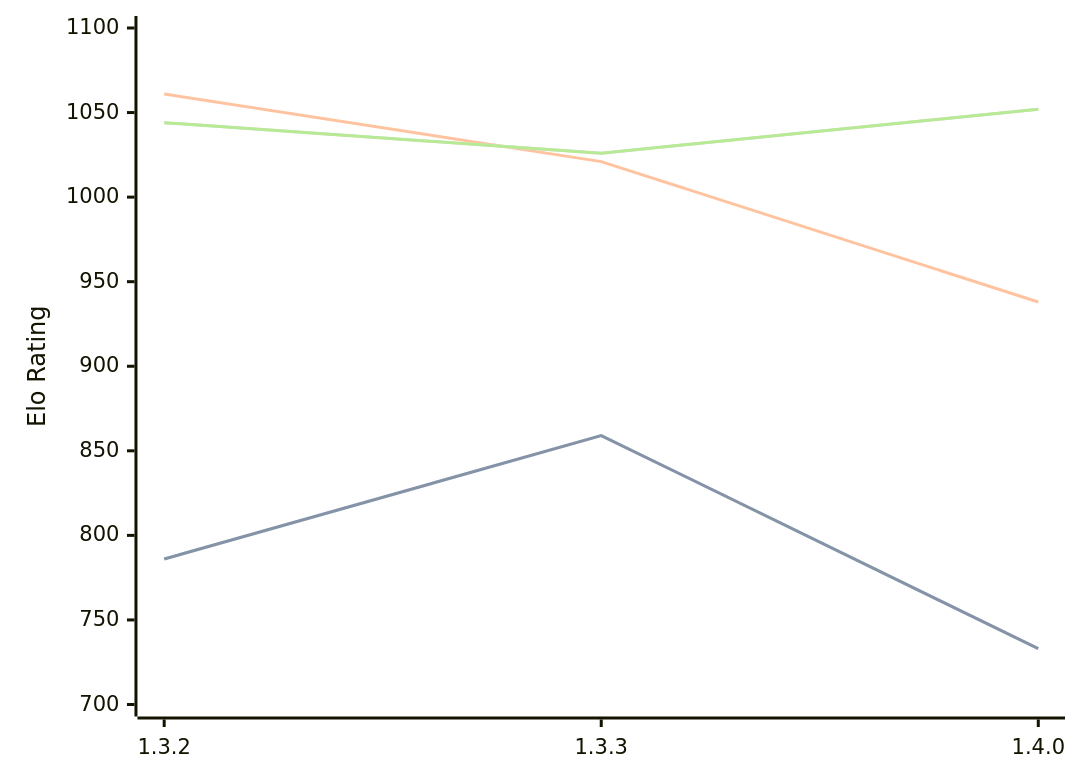
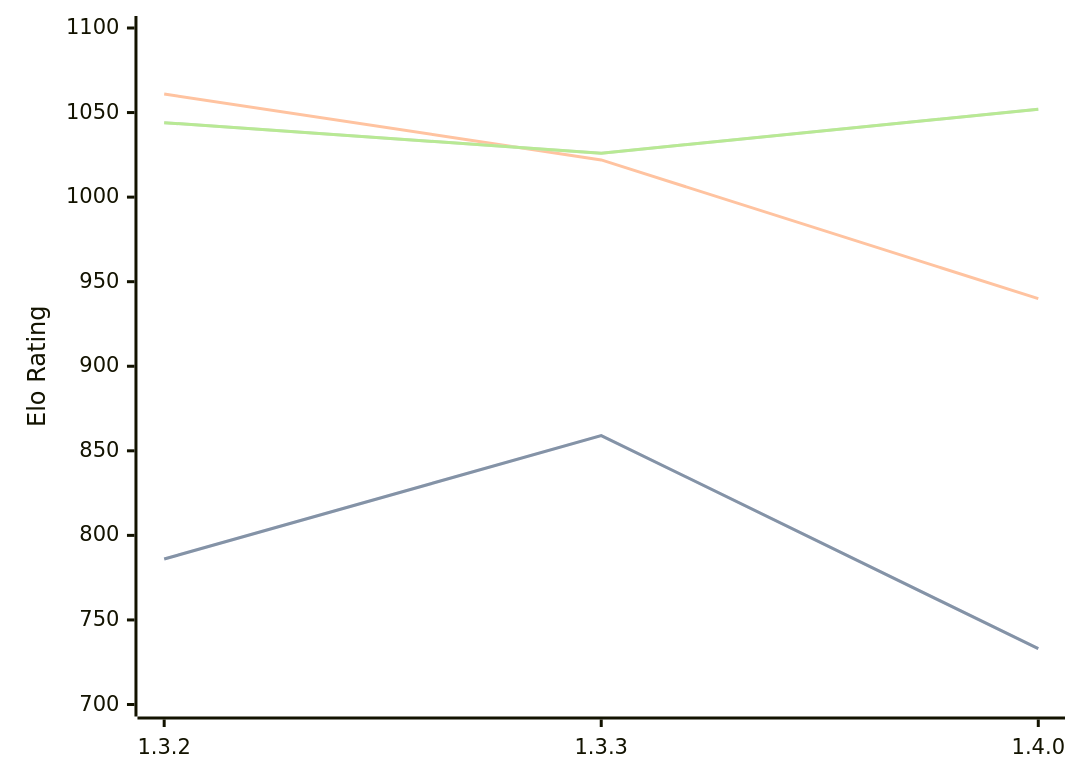
One commit to computer-chess-index/cci changed the diagram in engines/Whitespine.md. Above: the diagram before and after it, drawn with Mermaid. The commit also changed other lines of this file, not shown here.

````diff
--- a/engines/Whitespine.md
+++ b/engines/Whitespine.md
@@ -33,11 +33,11 @@
 ```mermaid
 %%{init: {"theme":"base","themeVariables":{"seriesColors:['#a3a3a3','#222221','#faa371']}}}%%
 xychart-beta
   x-axis ["1.3.2", "1.3.3", "1.4.0"]
   y-axis "Elo Rating" 700 --> 1100
   line "" [786, 859, 733]
   line "STC (8.0+0.08s)" [786, 859, 733]
-  line "LTC (60.0+0.60s)" [1061, 1021, 938]
+  line "LTC (60.0+0.60s)" [1061, 1022, 940]
   line "" [1044, 1026, 1052]
   line "VLTC (2m24s+1.12s)" [1044, 1026, 1052]
 ```
````
